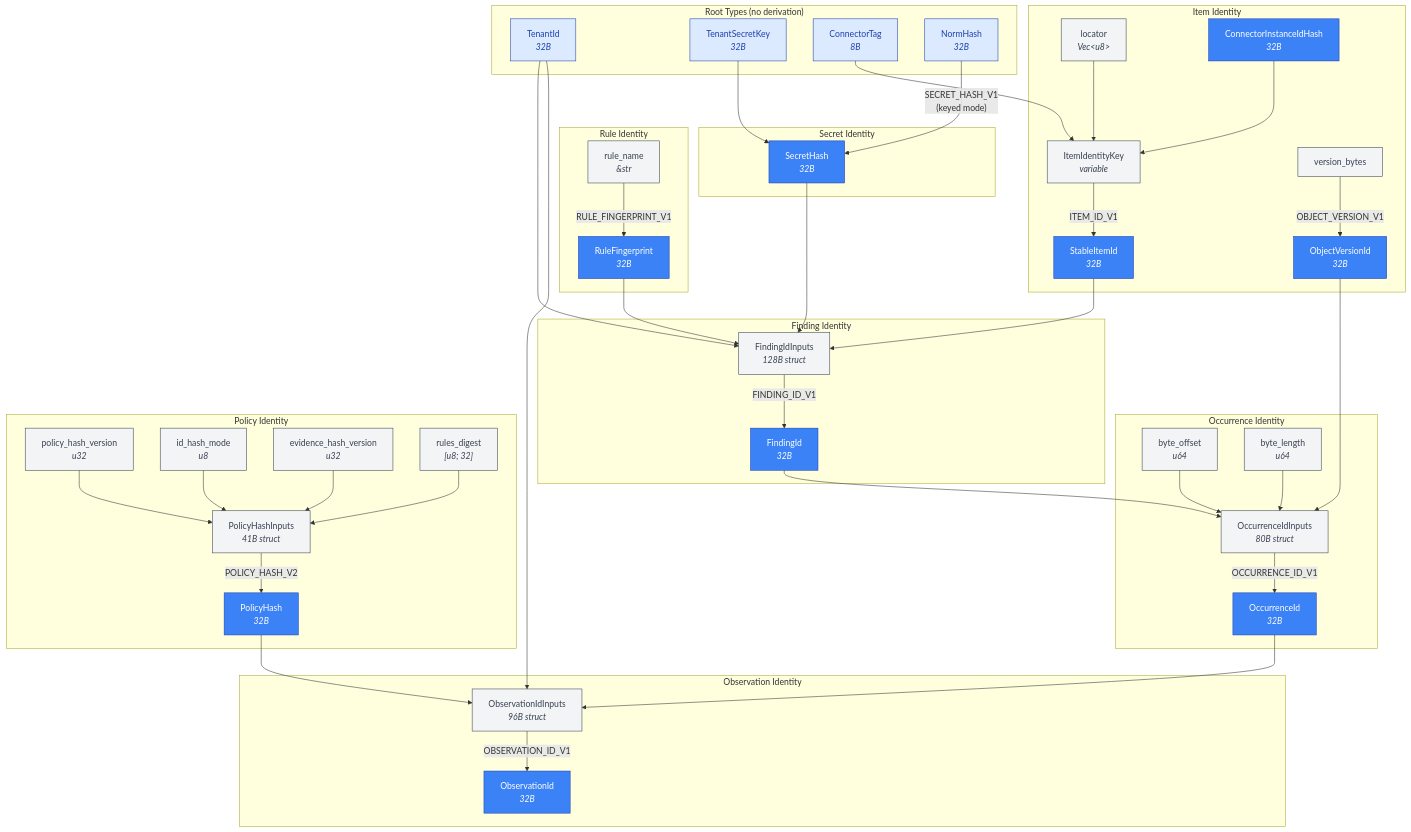
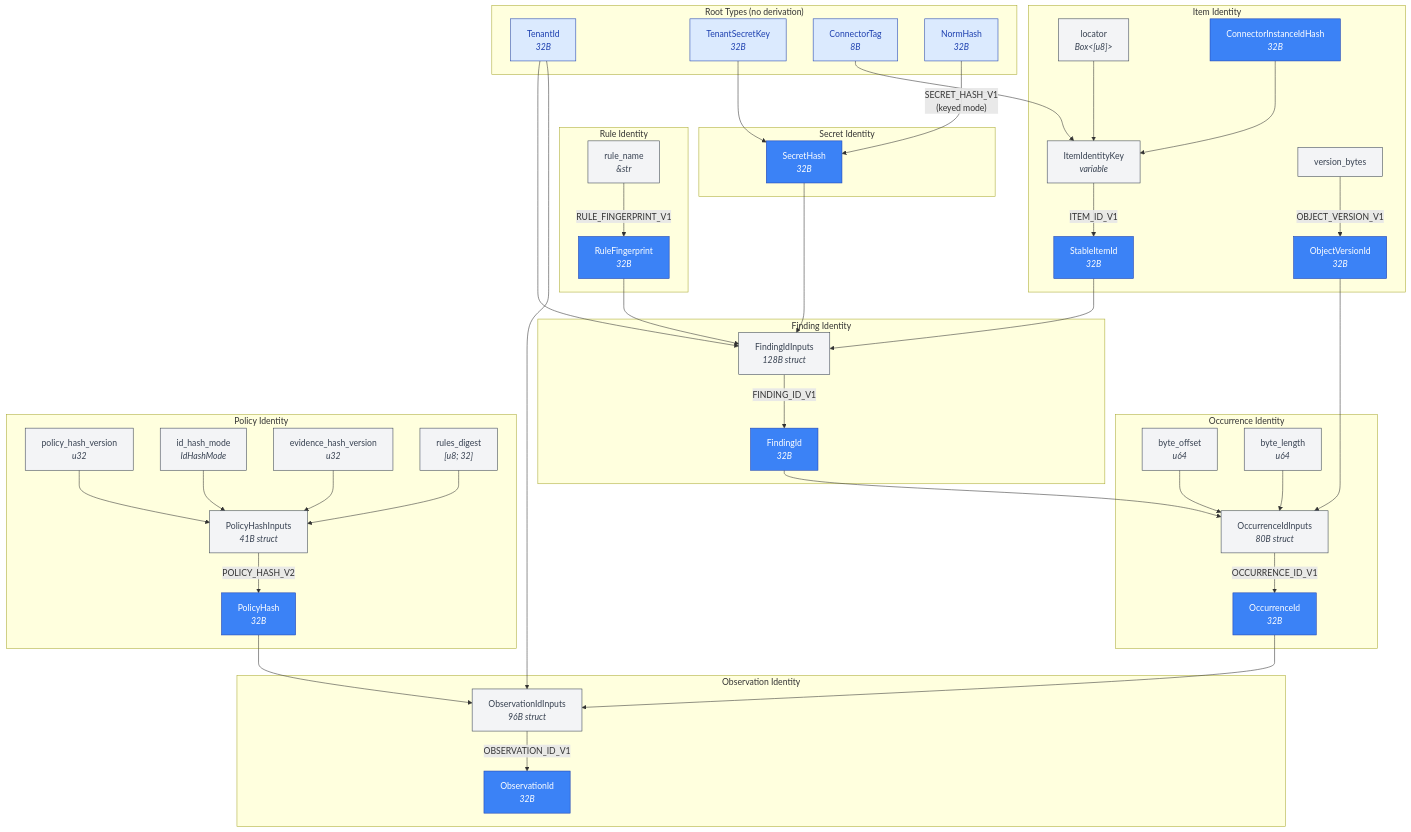
Before and after one commit to ahrav/Gossip-rs: the first of 7 diagrams in diagrams/03-id-derivation-dag.md, drawn with Mermaid. The commit also changed other lines of this file, not shown here.

Commit message:
docs: audit drift fixes [batch-69]
Auto-fix file inventories, type counts, identifier renames, and
cross-references for batch-69 boundary docs.

```diff
--- a/diagrams/03-id-derivation-dag.md
+++ b/diagrams/03-id-derivation-dag.md
@@ -30,7 +30,7 @@
     end
 
     subgraph ItemIdentity ["Item Identity"]
-        locator["locator<br/><i>Vec&lt;u8&gt;</i>"]
+        locator["locator<br/><i>Box&lt;[u8]&gt;</i>"]
         ConnectorInstanceIdHash["ConnectorInstanceIdHash<br/><i>32B</i>"]
         ItemIdentityKey["ItemIdentityKey<br/><i>variable</i>"]
         StableItemId["StableItemId<br/><i>32B</i>"]
@@ -61,7 +61,7 @@
 
     subgraph PolicyIdentity ["Policy Identity"]
         policy_hash_version["policy_hash_version<br/><i>u32</i>"]
-        id_hash_mode["id_hash_mode<br/><i>u8</i>"]
+        id_hash_mode["id_hash_mode<br/><i>IdHashMode</i>"]
         evidence_hash_version["evidence_hash_version<br/><i>u32</i>"]
         rules_digest["rules_digest<br/><i>[u8; 32]</i>"]
         PolicyHashInputs["PolicyHashInputs<br/><i>41B struct</i>"]
```
